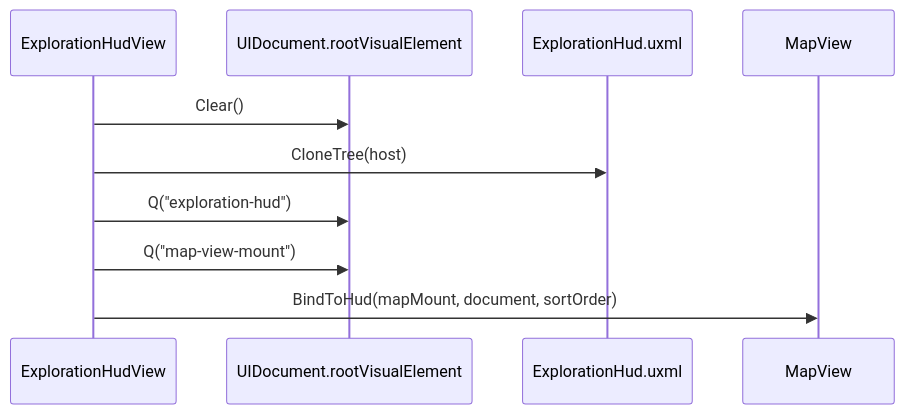
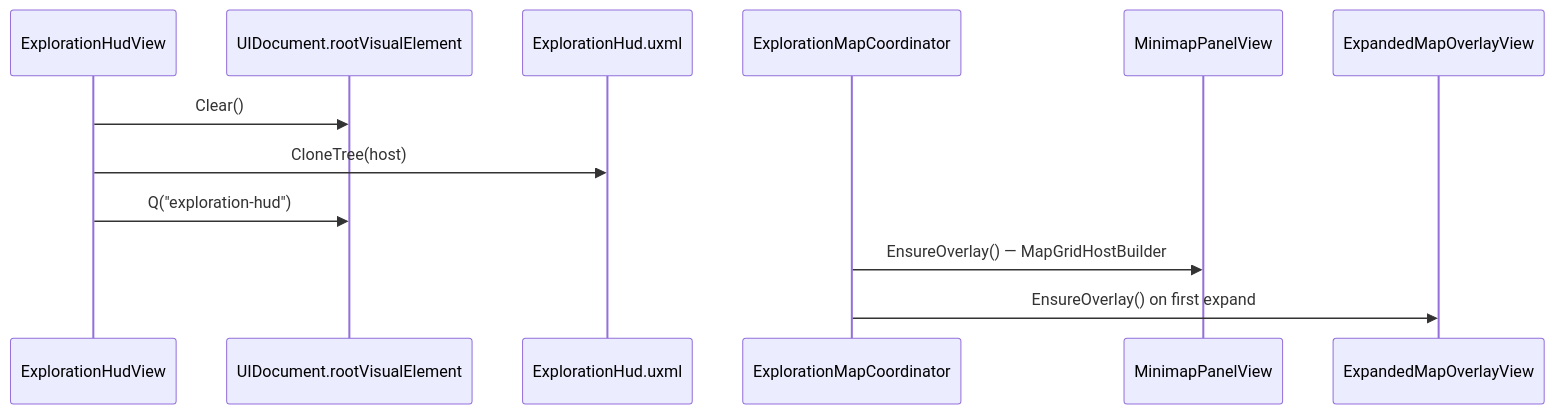
One commit to miramocha/griddungeon-design-docs changed the second of 5 diagrams in docs/02-systems/exploration-ui.md. Above: the diagram before and after it, drawn with Mermaid. The commit also changed other lines of this file and 21 other files, not shown here.

First line of the commit message:
docs: exploration map split (game #244) (#33)

````diff
--- a/docs/02-systems/exploration-ui.md
+++ b/docs/02-systems/exploration-ui.md
@@ -88,12 +103,14 @@
 ```mermaid
 sequenceDiagram
     participant EHV as ExplorationHudView
     participant DOC as UIDocument.rootVisualElement
     participant UXML as ExplorationHud.uxml
-    participant MV as MapView
+    participant EMC as ExplorationMapCoordinator
+    participant MM as MinimapPanelView
+    participant EXP as ExpandedMapOverlayView
     EHV->>DOC: Clear()
     EHV->>UXML: CloneTree(host)
     EHV->>DOC: Q("exploration-hud")
-    EHV->>DOC: Q("map-view-mount")
-    EHV->>MV: BindToHud(mapMount, document, sortOrder)
+    EMC->>MM: EnsureOverlay() — MapGridHostBuilder
+    EMC->>EXP: EnsureOverlay() on first expand
 ```
````
